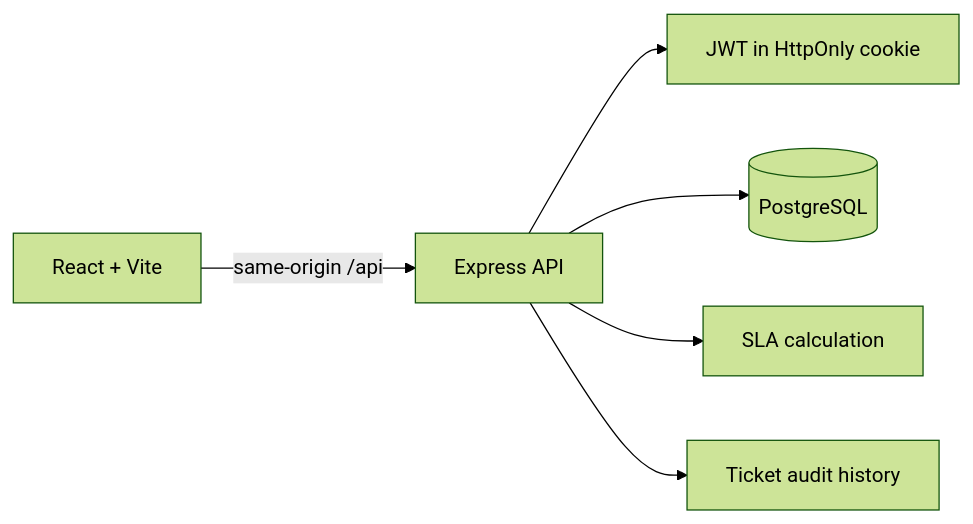
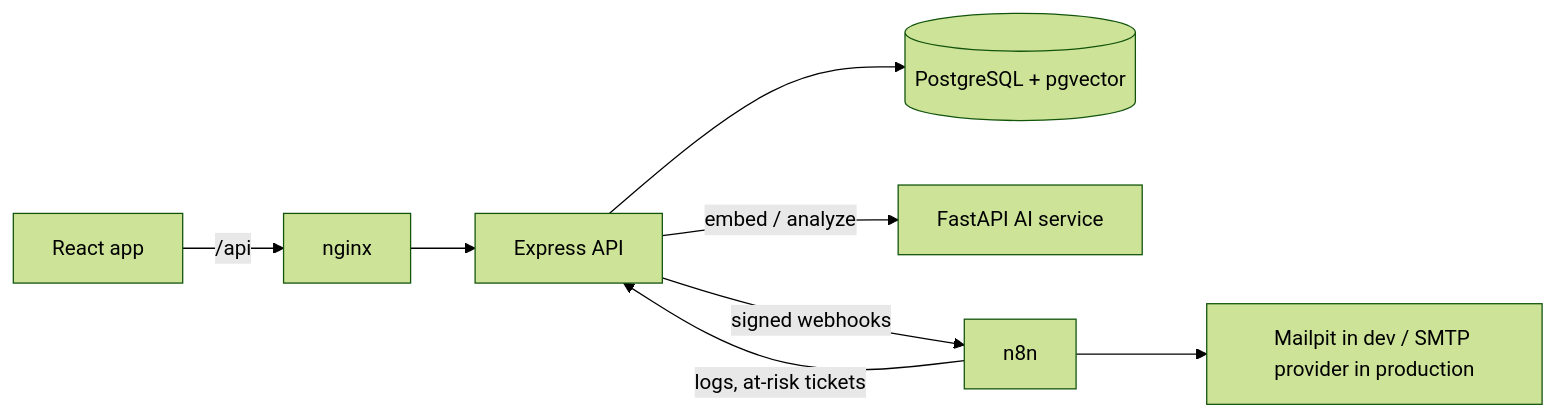
One commit to jamelahallal/HelpDeskAI changed the diagram in README.md. Above: the diagram before and after it, drawn with Mermaid (forest theme). The commit also changed other lines of this file and 47 other files, not shown here.

````diff
--- a/README.md
+++ b/README.md
@@ -13,8 +21,10 @@
 ```mermaid
 flowchart LR
-  Browser[React + Vite] -->|same-origin /api| API[Express API]
-  API --> Auth[JWT in HttpOnly cookie]
-  API --> DB[(PostgreSQL)]
-  API --> SLA[SLA calculation]
-  API --> Audit[Ticket audit history]
+  Browser[React app] -->|"/api"| Web[nginx]
+  Web --> API[Express API]
+  API --> DB[("PostgreSQL + pgvector")]
+  API -->|"embed / analyze"| AI[FastAPI AI service]
+  API -->|"signed webhooks"| N8N[n8n]
+  N8N -->|"logs, at-risk tickets"| API
+  N8N --> Mail[Mailpit in dev / SMTP provider in production]
 ```
````
